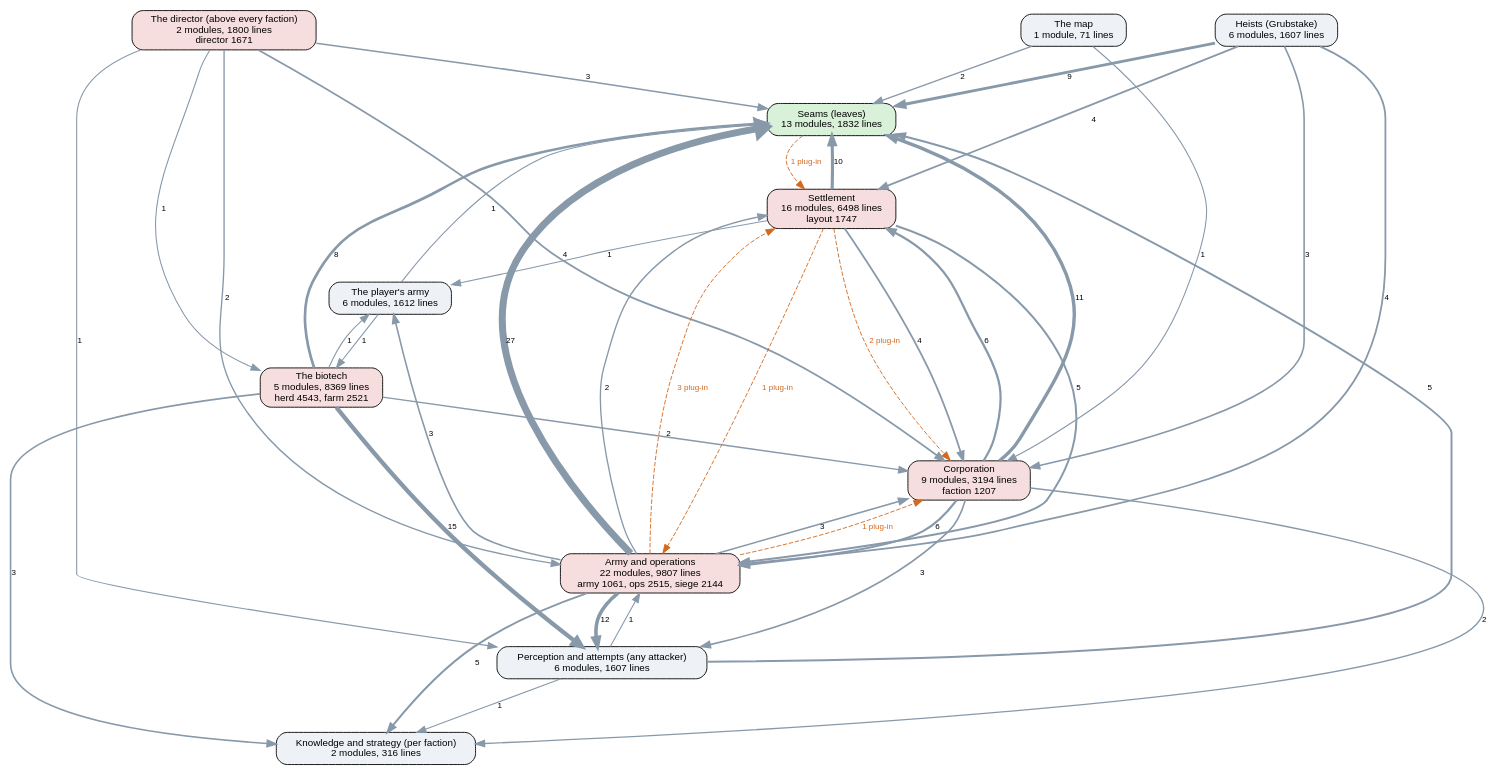
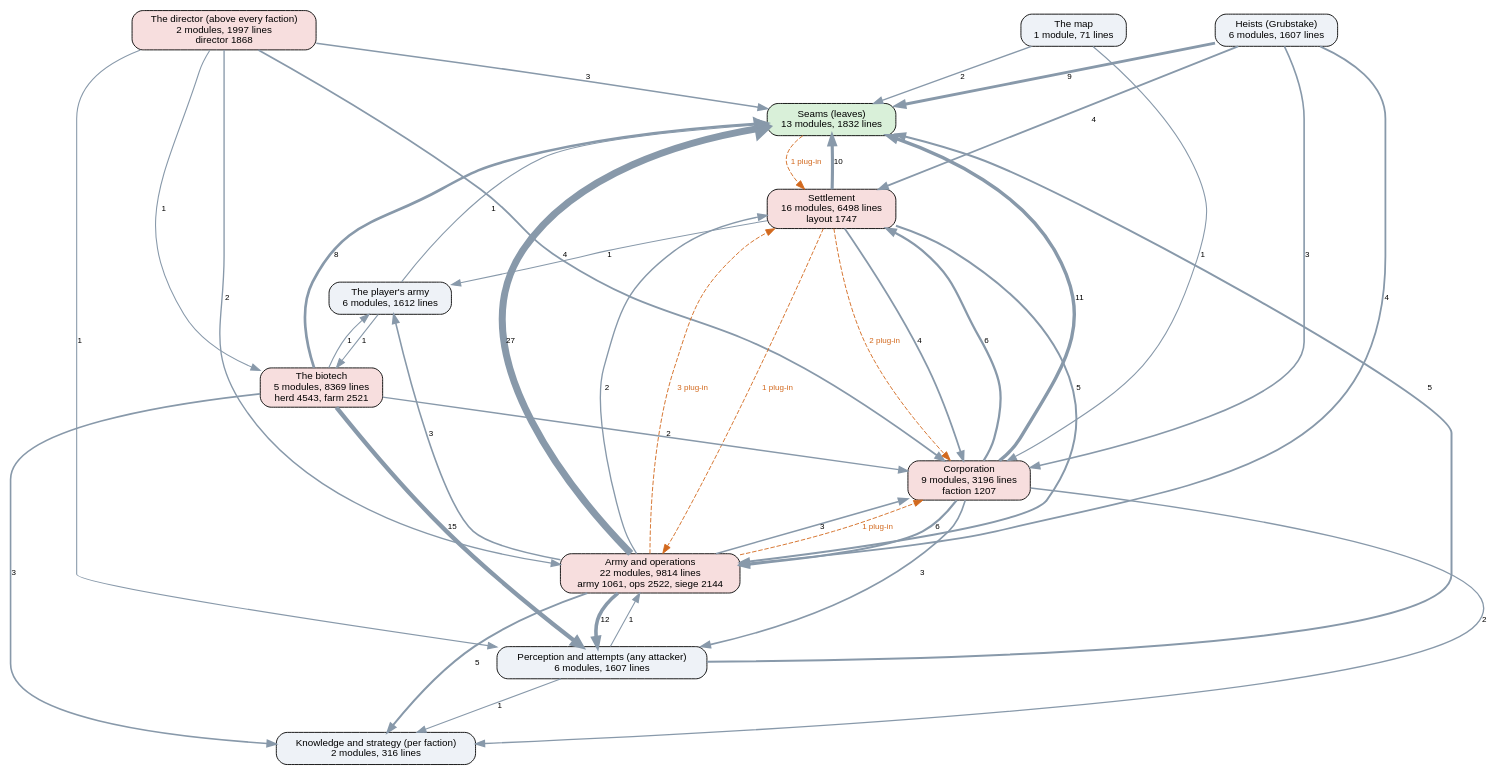
Before and after one commit to kinelhu/landing-party: the diagram in docs/ai-layers.dot, drawn with Graphviz. The commit also changed 17 other files, not shown here.

```diff
--- a/docs/ai-layers.dot
+++ b/docs/ai-layers.dot
@@ -1,57 +1,57 @@
 digraph layers {
   graph [rankdir=TB, fontname="Helvetica", nodesep=0.5, ranksep=0.7];
   node [shape=box, style="rounded,filled", fontname="Helvetica", fontsize=11, fillcolor="#eef2f7"];
   edge [color="#8899aa", fontname="Helvetica", fontsize=9];
   "Seams (leaves)" [label="Seams (leaves)\n13 modules, 1832 lines", fillcolor="#d9f0d9"];
   "Perception and attempts (any attacker)" [label="Perception and attempts (any attacker)\n6 modules, 1607 lines", fillcolor="#eef2f7"];
   "Knowledge and strategy (per faction)" [label="Knowledge and strategy (per faction)\n2 modules, 316 lines", fillcolor="#eef2f7"];
-  "The director (above every faction)" [label="The director (above every faction)\n2 modules, 1800 lines\ndirector 1671", fillcolor="#f7dede"];
-  "Corporation" [label="Corporation\n9 modules, 3194 lines\nfaction 1207", fillcolor="#f7dede"];
+  "The director (above every faction)" [label="The director (above every faction)\n2 modules, 1997 lines\ndirector 1868", fillcolor="#f7dede"];
+  "Corporation" [label="Corporation\n9 modules, 3196 lines\nfaction 1207", fillcolor="#f7dede"];
   "Settlement" [label="Settlement\n16 modules, 6498 lines\nlayout 1747", fillcolor="#f7dede"];
-  "Army and operations" [label="Army and operations\n22 modules, 9807 lines\narmy 1061, ops 2515, siege 2144", fillcolor="#f7dede"];
+  "Army and operations" [label="Army and operations\n22 modules, 9814 lines\narmy 1061, ops 2522, siege 2144", fillcolor="#f7dede"];
   "Heists (Grubstake)" [label="Heists (Grubstake)\n6 modules, 1607 lines", fillcolor="#eef2f7"];
   "The biotech" [label="The biotech\n5 modules, 8369 lines\nherd 4543, farm 2521", fillcolor="#f7dede"];
   "The map" [label="The map\n1 module, 71 lines", fillcolor="#eef2f7"];
   "The player's army" [label="The player's army\n6 modules, 1612 lines", fillcolor="#eef2f7"];
   "Army and operations" -> "Corporation" [label="3", penwidth=1.8];
   "Army and operations" -> "Knowledge and strategy (per faction)" [label="5", penwidth=2.2];
   "Army and operations" -> "Perception and attempts (any attacker)" [label="12", penwidth=4.0];
   "Army and operations" -> "Seams (leaves)" [label="27", penwidth=7.8];
   "Army and operations" -> "Settlement" [label="2", penwidth=1.5];
   "Army and operations" -> "The player's army" [label="3", penwidth=1.8];
   "Corporation" -> "Army and operations" [label="6", penwidth=2.5];
   "Corporation" -> "Knowledge and strategy (per faction)" [label="2", penwidth=1.5];
   "Corporation" -> "Perception and attempts (any attacker)" [label="3", penwidth=1.8];
   "Corporation" -> "Seams (leaves)" [label="11", penwidth=3.8];
   "Corporation" -> "Settlement" [label="6", penwidth=2.5];
   "Heists (Grubstake)" -> "Army and operations" [label="4", penwidth=2.0];
   "Heists (Grubstake)" -> "Corporation" [label="3", penwidth=1.8];
   "Heists (Grubstake)" -> "Seams (leaves)" [label="9", penwidth=3.2];
   "Heists (Grubstake)" -> "Settlement" [label="4", penwidth=2.0];
   "Perception and attempts (any attacker)" -> "Army and operations" [label="1", penwidth=1.2];
   "Perception and attempts (any attacker)" -> "Knowledge and strategy (per faction)" [label="1", penwidth=1.2];
   "Perception and attempts (any attacker)" -> "Seams (leaves)" [label="5", penwidth=2.2];
   "Settlement" -> "Army and operations" [label="5", penwidth=2.2];
   "Settlement" -> "Corporation" [label="4", penwidth=2.0];
   "Settlement" -> "Seams (leaves)" [label="10", penwidth=3.5];
   "Settlement" -> "The player's army" [label="1", penwidth=1.2];
   "The biotech" -> "Corporation" [label="2", penwidth=1.5];
   "The biotech" -> "Knowledge and strategy (per faction)" [label="3", penwidth=1.8];
   "The biotech" -> "Perception and attempts (any attacker)" [label="15", penwidth=4.8];
   "The biotech" -> "Seams (leaves)" [label="8", penwidth=3.0];
   "The biotech" -> "The player's army" [label="1", penwidth=1.2];
   "The director (above every faction)" -> "Army and operations" [label="2", penwidth=1.5];
   "The director (above every faction)" -> "Corporation" [label="4", penwidth=2.0];
   "The director (above every faction)" -> "Perception and attempts (any attacker)" [label="1", penwidth=1.2];
   "The director (above every faction)" -> "Seams (leaves)" [label="3", penwidth=1.8];
   "The director (above every faction)" -> "The biotech" [label="1", penwidth=1.2];
   "The map" -> "Corporation" [label="1", penwidth=1.2];
   "The map" -> "Seams (leaves)" [label="2", penwidth=1.5];
   "The player's army" -> "Seams (leaves)" [label="1", penwidth=1.2];
   "The player's army" -> "The biotech" [label="1", penwidth=1.2];
   "Army and operations" -> "Corporation" [style=dashed, color="#d2691e", fontcolor="#d2691e", label="1 plug-in"];
   "Army and operations" -> "Settlement" [style=dashed, color="#d2691e", fontcolor="#d2691e", label="3 plug-in"];
   "Seams (leaves)" -> "Settlement" [style=dashed, color="#d2691e", fontcolor="#d2691e", label="1 plug-in"];
   "Settlement" -> "Army and operations" [style=dashed, color="#d2691e", fontcolor="#d2691e", label="1 plug-in"];
   "Settlement" -> "Corporation" [style=dashed, color="#d2691e", fontcolor="#d2691e", label="2 plug-in"];
 }
```
